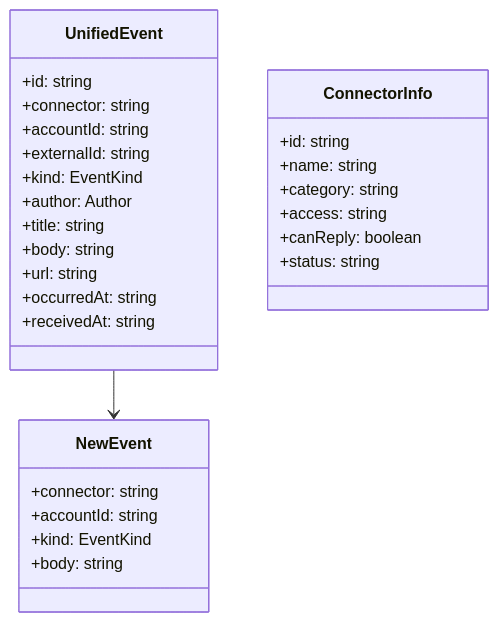
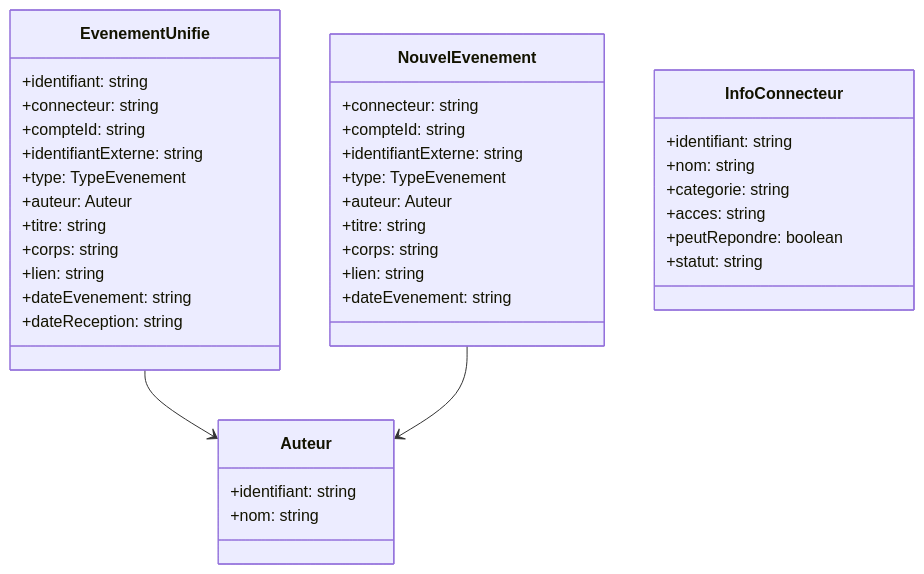
Before and after one commit to hermax2006/fil-unifie: the first of 6 diagrams in DIAGRAMME_CLASSES_LEGER.md, drawn with Mermaid. The commit also changed other lines of this file, not shown here.

Commit message:
Traduction diagramme de classes en français

````diff
--- a/DIAGRAMME_CLASSES_LEGER.md
+++ b/DIAGRAMME_CLASSES_LEGER.md
@@ -6,31 +6,41 @@
 ```mermaid
 classDiagram
-    class UnifiedEvent {
-        +id: string
-        +connector: string
-        +accountId: string
-        +externalId: string
-        +kind: EventKind
-        +author: Author
-        +title: string
-        +body: string
-        +url: string
-        +occurredAt: string
-        +receivedAt: string
+    class EvenementUnifie {
+        +identifiant: string
+        +connecteur: string
+        +compteId: string
+        +identifiantExterne: string
+        +type: TypeEvenement
+        +auteur: Auteur
+        +titre: string
+        +corps: string
+        +lien: string
+        +dateEvenement: string
+        +dateReception: string
     }
-    class NewEvent {
-        +connector: string
-        +accountId: string
-        +kind: EventKind
-        +body: string
+    class NouvelEvenement {
+        +connecteur: string
+        +compteId: string
+        +identifiantExterne: string
+        +type: TypeEvenement
+        +auteur: Auteur
+        +titre: string
+        +corps: string
+        +lien: string
+        +dateEvenement: string
     }
-    class ConnectorInfo {
-        +id: string
-        +name: string
-        +category: string
-        +access: string
-        +canReply: boolean
-        +status: string
+    class InfoConnecteur {
+        +identifiant: string
+        +nom: string
+        +categorie: string
+        +acces: string
+        +peutRepondre: boolean
+        +statut: string
     }
-    UnifiedEvent --> NewEvent
+    class Auteur {
+        +identifiant: string
+        +nom: string
+    }
+    EvenementUnifie --> Auteur
+    NouvelEvenement --> Auteur
 ```
````
